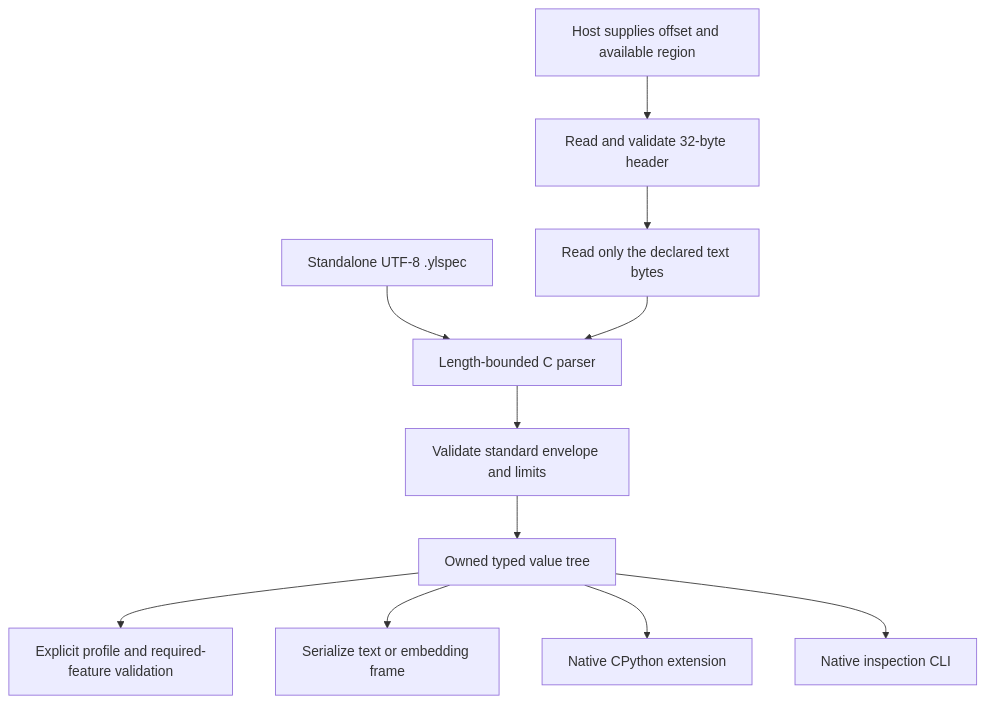
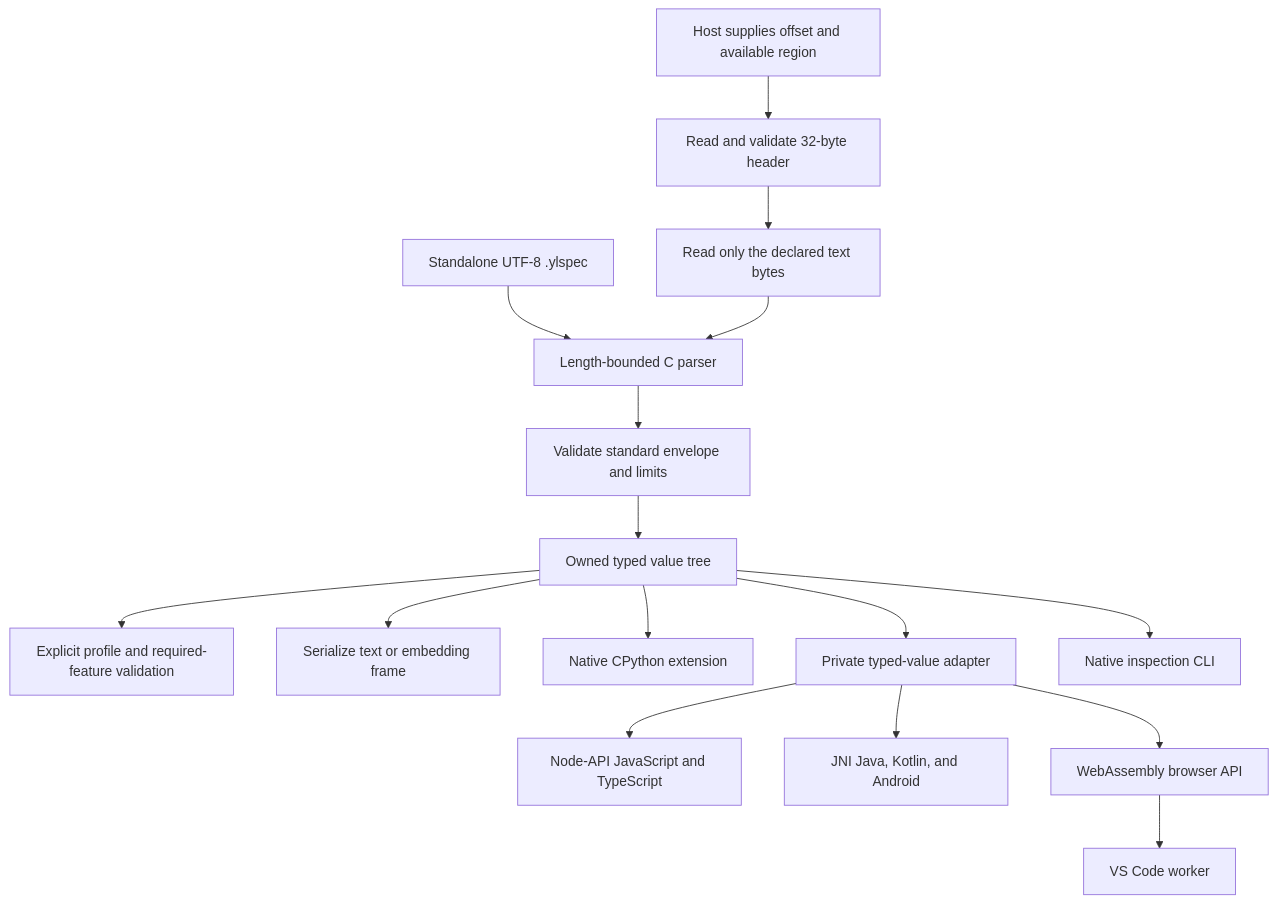
Before and after one commit to YoungLionOrganization/YLSpec: the diagram in docs/architecture.mmd, drawn with Mermaid. The commit also changed 12 other files, not shown here.

```diff
--- a/docs/architecture.mmd
+++ b/docs/architecture.mmd
@@ -1,11 +1,16 @@
 flowchart TD
     Standalone["Standalone UTF-8 .ylspec"] --> Parse["Length-bounded C parser"]
     Host["Host supplies offset and available region"] --> Header["Read and validate 32-byte header"]
     Header --> Text["Read only the declared text bytes"]
     Text --> Parse
     Parse --> Envelope["Validate standard envelope and limits"]
     Envelope --> Tree["Owned typed value tree"]
     Tree --> Profiles["Explicit profile and required-feature validation"]
     Tree --> Serialize["Serialize text or embedding frame"]
     Tree --> Python["Native CPython extension"]
+    Tree --> Bridge["Private typed-value adapter"]
+    Bridge --> Node["Node-API JavaScript and TypeScript"]
+    Bridge --> JNI["JNI Java, Kotlin, and Android"]
+    Bridge --> WASM["WebAssembly browser API"]
+    WASM --> Editor["VS Code worker"]
     Tree --> CLI["Native inspection CLI"]
```
